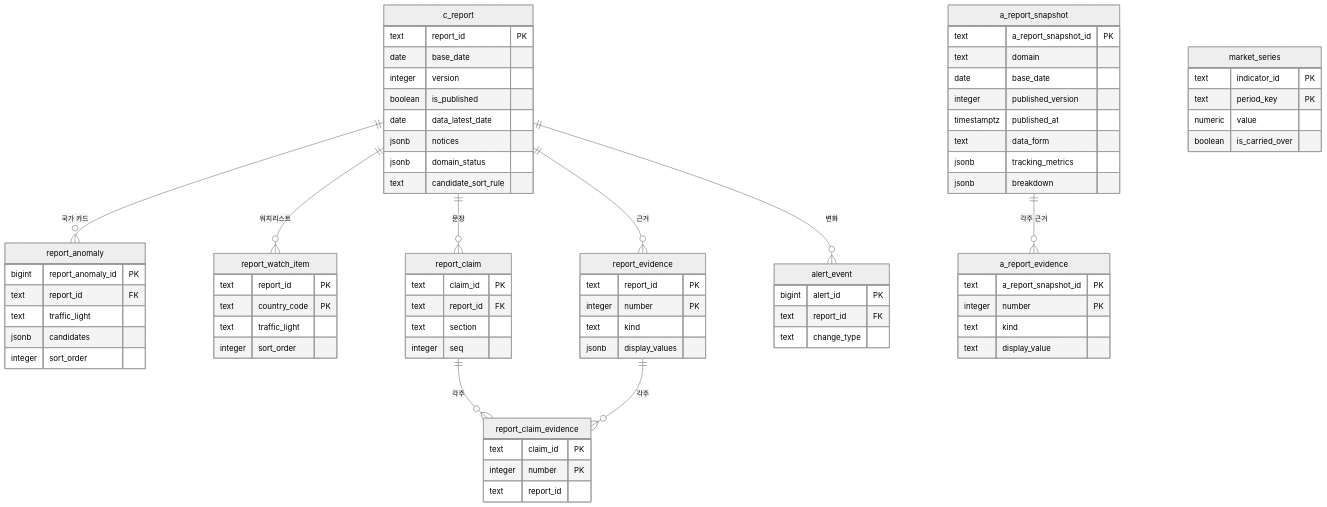
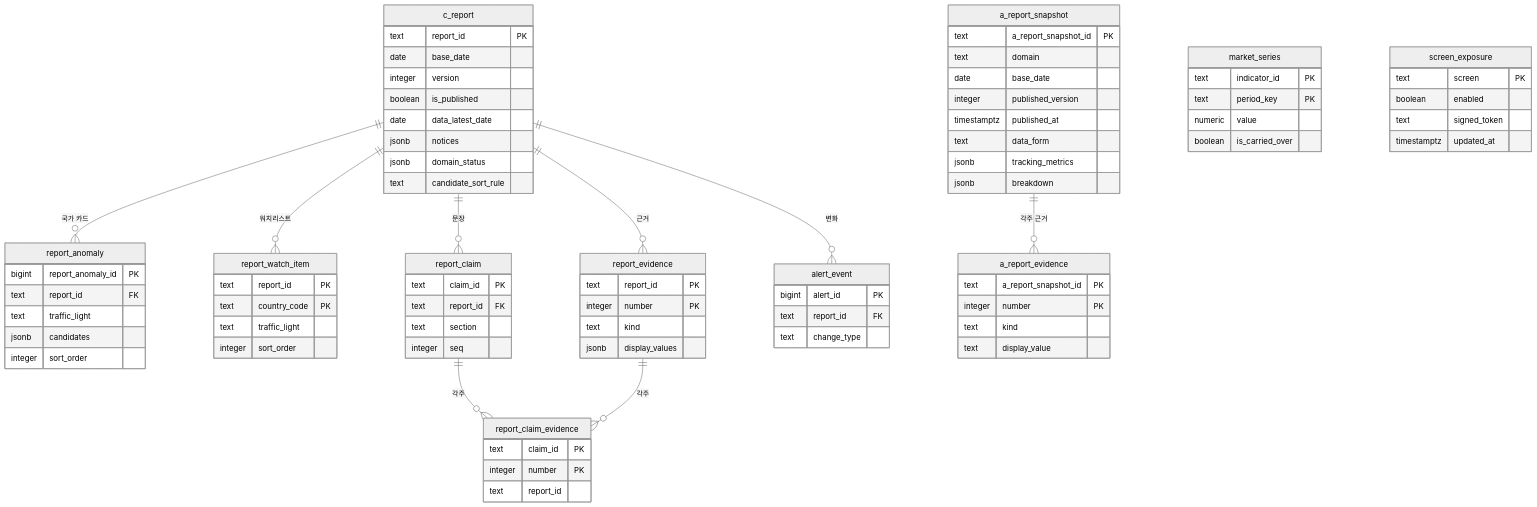
One commit to HoyoungParkme/tableau_platform changed the sixth of 7 diagrams in docs/specs/06-DOM/TBL-DOM-006.md. Above: the diagram before and after it, drawn with Mermaid (neutral theme). The commit also changed other lines of this file, not shown here.

Commit message:
유저 결정 반영(2026-09-30): pub.screen_exposure 신설(화면 단위 서명 주소), threshold_setting 초기 행 v1 표(생성기가 INSERT로 옮김), raw_ledger_row 16·22열, 실측 수치 CSV 기준 명시. 생성 DDL 테이블 44·컬럼 514·CHECK 56. 저장소 사본과 같다(커밋 8d5f7f4).

```diff
--- a/docs/specs/06-DOM/TBL-DOM-006.md
+++ b/docs/specs/06-DOM/TBL-DOM-006.md
@@ -390,6 +390,12 @@
     numeric value
     boolean is_carried_over
   }
+  screen_exposure {
+    text screen PK
+    boolean enabled
+    text signed_token
+    timestamptz updated_at
+  }
   c_report ||--o{ report_anomaly : "국가 카드"
   c_report ||--o{ report_watch_item : "워치리스트"
   c_report ||--o{ report_claim : "문장"
```
